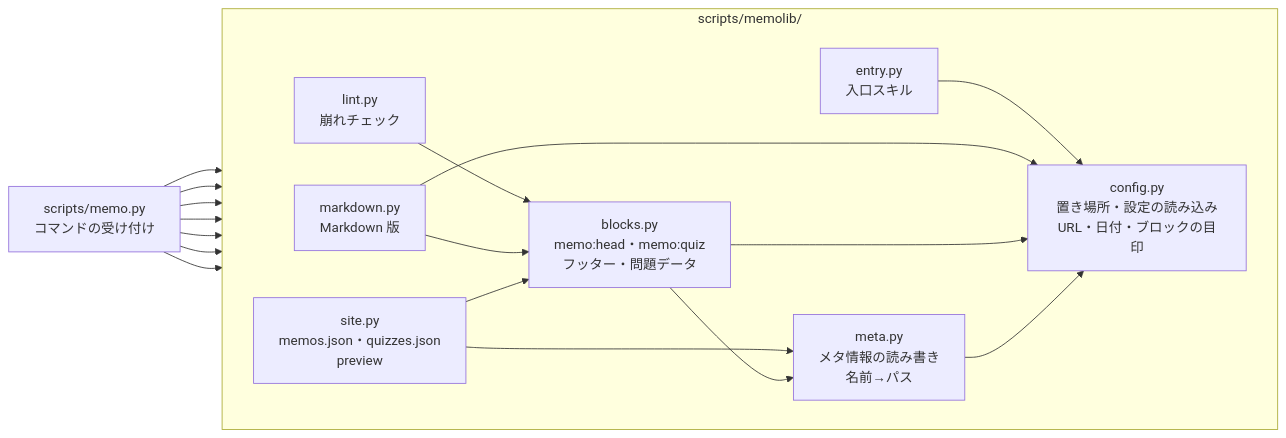
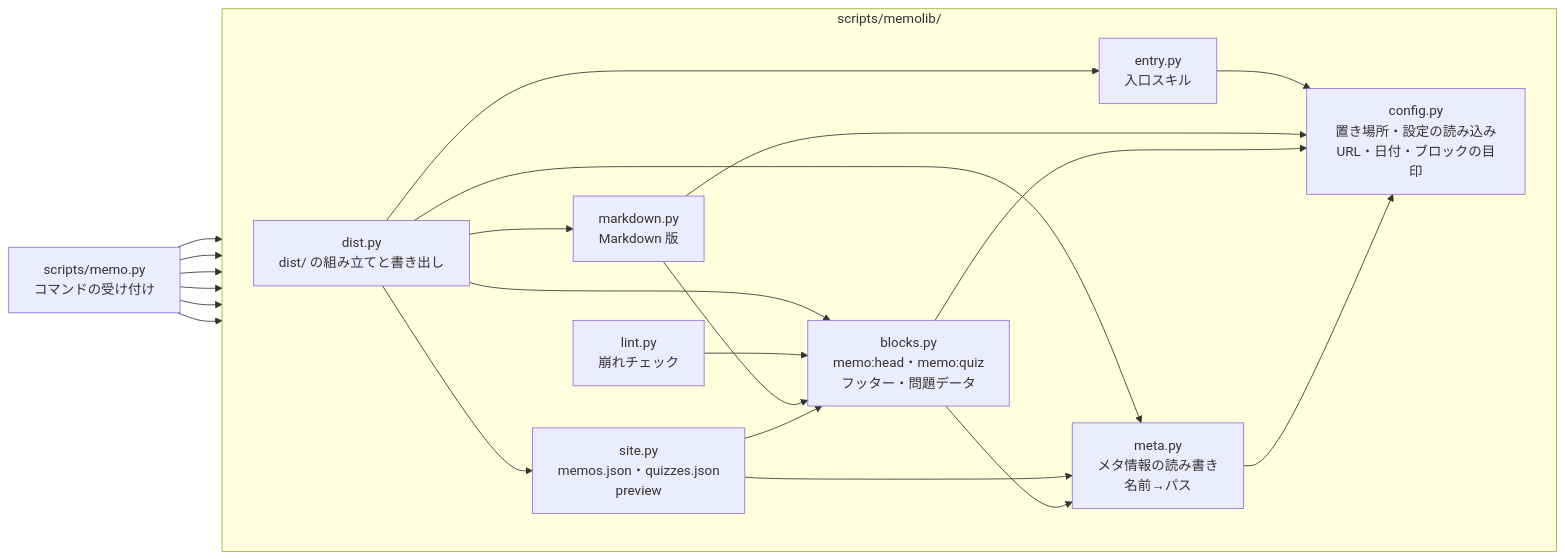
One commit to taka1156/memo changed the tenth of 10 diagrams in memo-detail.md. Above: the diagram before and after it, drawn with Mermaid. The commit also changed other lines of this file and 24 other files, not shown here.

````diff
--- a/memo-detail.md
+++ b/memo-detail.md
@@ -468,24 +454,26 @@
 ```mermaid
 flowchart LR
   cli["scripts/memo.py<br/>コマンドの受け付け"]
   subgraph lib["scripts/memolib/"]
     direction LR
     config["config.py<br/>置き場所・設定の読み込み<br/>URL・日付・ブロックの目印"]
     entry["entry.py<br/>入口スキル"]
     meta["meta.py<br/>メタ情報の読み書き<br/>名前→パス"]
     blocks["blocks.py<br/>memo:head・memo:quiz<br/>フッター・問題データ"]
     lint["lint.py<br/>崩れチェック"]
     md["markdown.py<br/>Markdown 版"]
     site["site.py<br/>memos.json・quizzes.json<br/>preview"]
+    dist["dist.py<br/>dist/ の組み立てと書き出し"]
   end
-  cli --> lint & md & site & meta & blocks & config & entry
+  cli --> dist & lint & site & meta & md & config
+  dist --> md & site & blocks & entry & meta
   entry --> config
   lint --> blocks
   md --> blocks
   site --> blocks
   site --> meta
   blocks --> meta
   md --> config
   blocks --> config
   meta --> config
 ```
````
